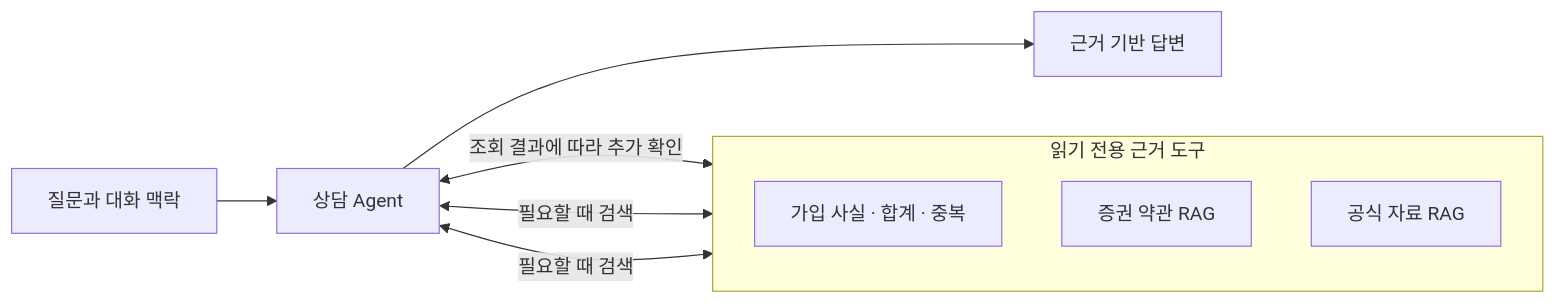
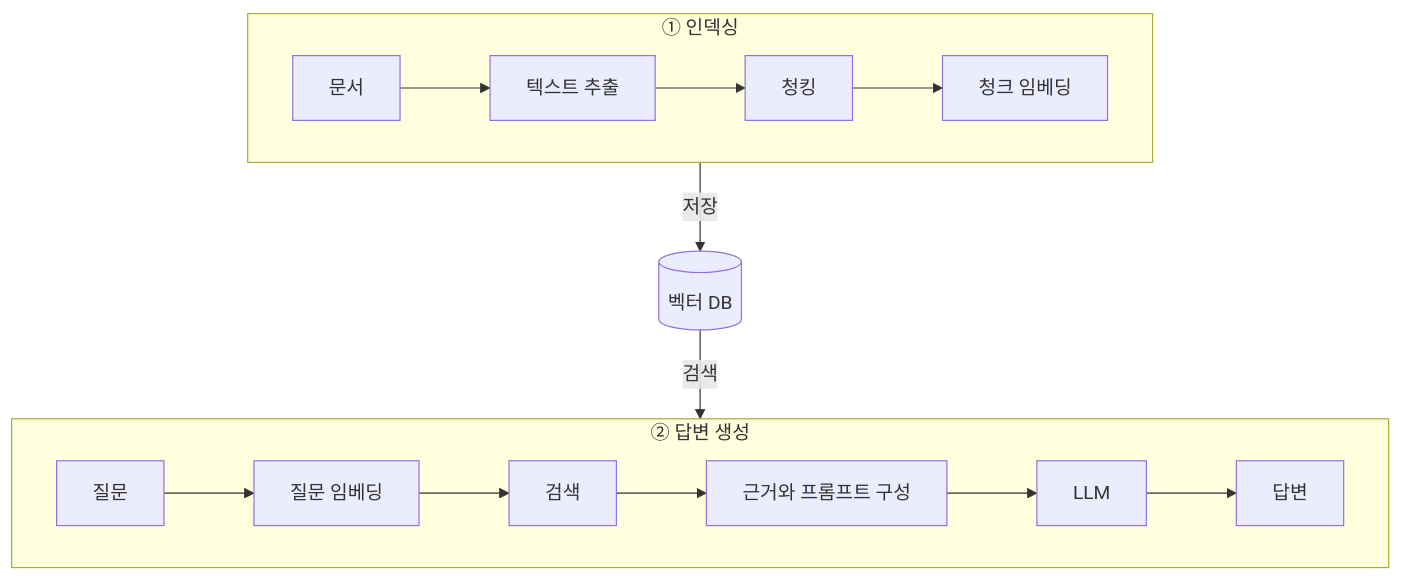
The second of 2 diagrams in README.md (seojuny95/coverly), drawn with Mermaid before and after one commit. The commit also changed other lines of this file and 5 other files, not shown here.

````diff
--- a/README.md
+++ b/README.md
@@ -74,16 +131,23 @@
 ```mermaid
-flowchart LR
-    Q["질문과 대화 맥락"] --> A["상담 Agent"]
-
-    subgraph TOOLS["읽기 전용 근거 도구"]
-        direction TB
-        F["가입 사실 · 합계 · 중복"]
-        P["증권 약관 RAG"]
-        O["공식 자료 RAG"]
+flowchart TB
+    subgraph INDEX["① 인덱싱"]
+        direction LR
+        DOC["문서"] --> TEXT["텍스트 추출"]
+        TEXT --> CHUNK["청킹"]
+        CHUNK --> EMBED["청크 임베딩"]
     end
 
-    A <-->|"조회 결과에 따라 추가 확인"| F
-    A <-->|"필요할 때 검색"| P
-    A <-->|"필요할 때 검색"| O
-    A --> R["근거 기반 답변"]
+    DB[("벡터 DB")]
+
+    subgraph ANSWER["② 답변 생성"]
+        direction LR
+        QUESTION["질문"] --> QEMBED["질문 임베딩"]
+        QEMBED --> SEARCH["검색"]
+        SEARCH --> PROMPT["근거와 프롬프트 구성"]
+        PROMPT --> LLM["LLM"]
+        LLM --> RESPONSE["답변"]
+    end
+
+    INDEX -->|"저장"| DB
+    DB -->|"검색"| ANSWER
 ```
````
